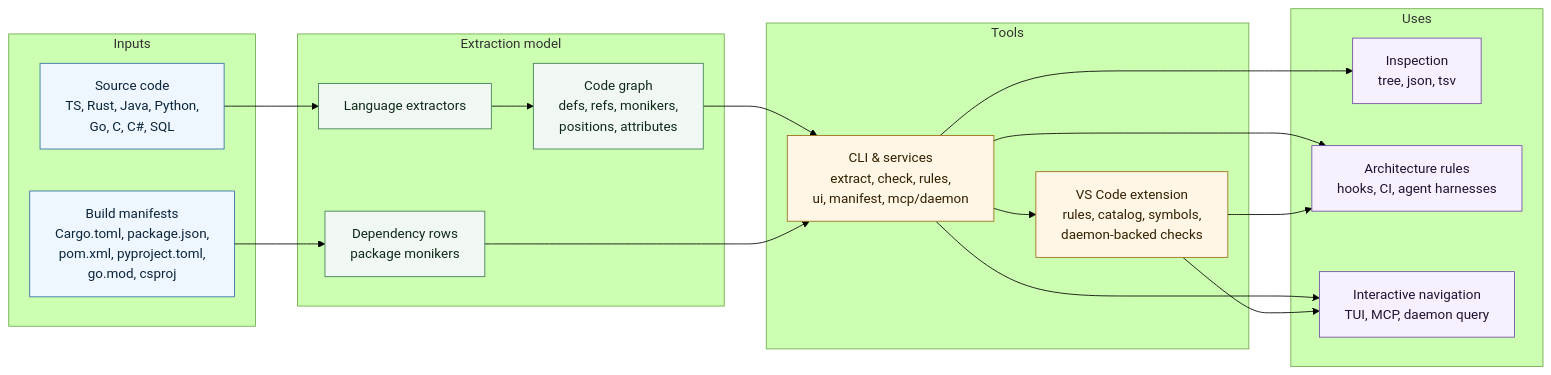
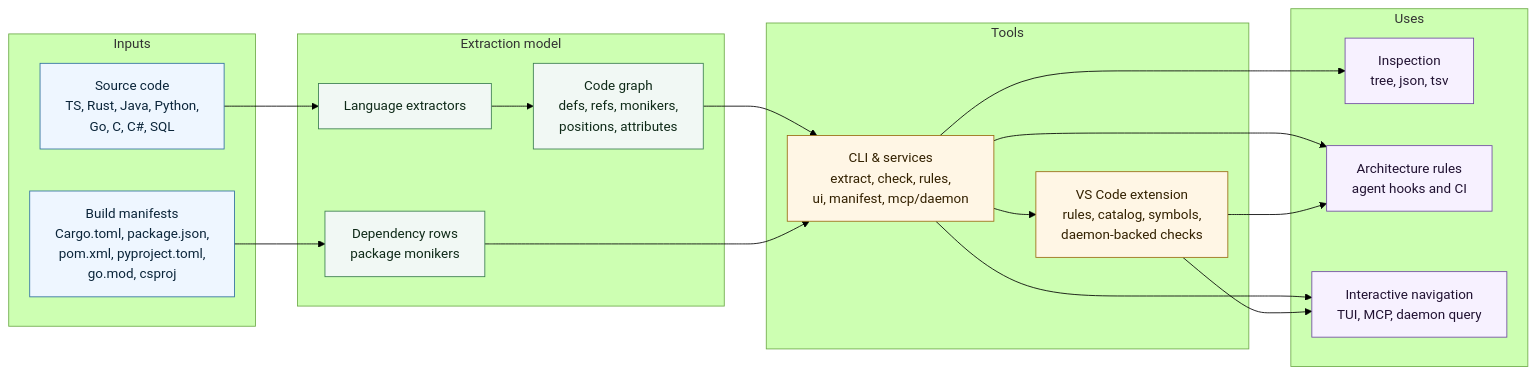
Before and after one commit to ng-galien/code-moniker: the diagram in README.md, drawn with Mermaid (forest theme). The commit also changed other lines of this file and 51 other files, not shown here.

````diff
--- a/README.md
+++ b/README.md
@@ -40,44 +40,44 @@
 ```mermaid
 flowchart LR
   subgraph Input["Inputs"]
     S["Source code<br/>TS, Rust, Java, Python,<br/>Go, C, C#, SQL"]
     M["Build manifests<br/>Cargo.toml, package.json,<br/>pom.xml, pyproject.toml,<br/>go.mod, csproj"]
   end
 
   subgraph Model["Extraction model"]
     E["Language extractors"]
     G["Code graph<br/>defs, refs, monikers,<br/>positions, attributes"]
     D["Dependency rows<br/>package monikers"]
   end
 
   subgraph Tools["Tools"]
     C["CLI & services<br/>extract, check, rules,<br/>ui, manifest, mcp/daemon"]
     V["VS Code extension<br/>rules, catalog, symbols,<br/>daemon-backed checks"]
   end
 
   subgraph Uses["Uses"]
     I["Inspection<br/>tree, json, tsv"]
-    R["Architecture rules<br/>hooks, CI, agent harnesses"]
+    R["Architecture rules<br/>agent hooks and CI"]
     N["Interactive navigation<br/>TUI, MCP, daemon query"]
   end
 
   S --> E --> G
   M --> D
   G --> C
   D --> C
   C --> V
   C --> I
   C --> R
   C --> N
   V --> R
   V --> N
 
   classDef input fill:#eef6ff,stroke:#2f6f9f,color:#0b253a
   classDef model fill:#f1f8f4,stroke:#3a7d4f,color:#0f2a18
   classDef tool fill:#fff6e5,stroke:#9a6b12,color:#332100
   classDef use fill:#f7f1ff,stroke:#6f4aa1,color:#211232
   class S,M input
   class E,G,D model
   class C,V tool
   class I,R,N use
 ```
````
